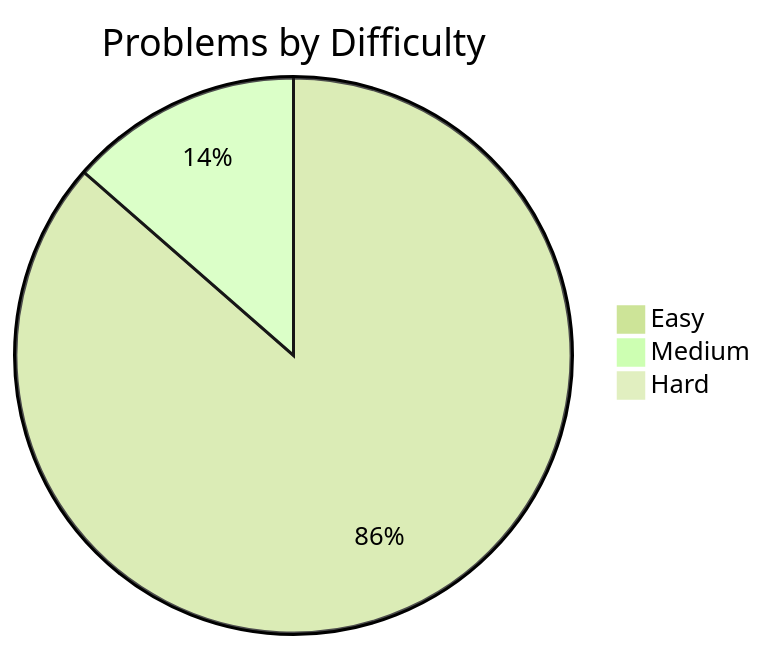
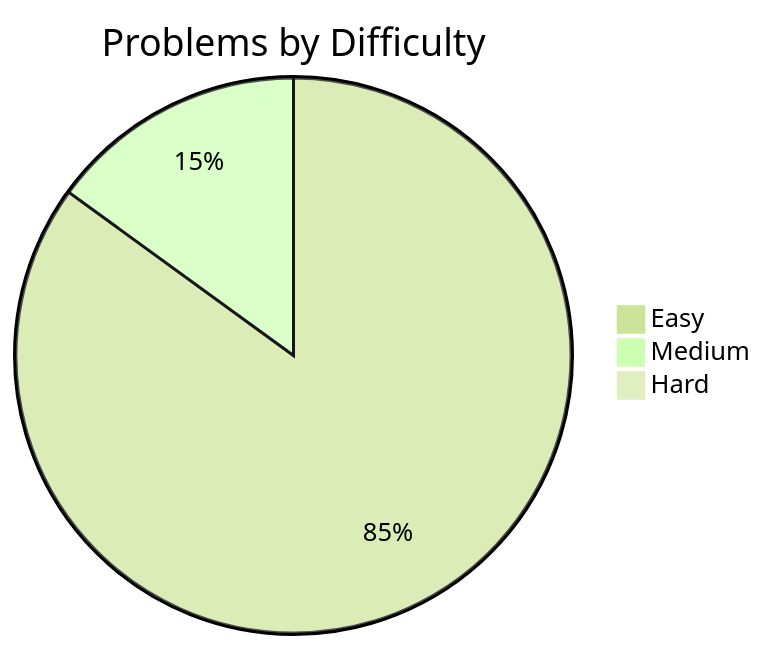
The diagram in README.md (davelin18yufan/leetcode-journal), drawn with Mermaid (forest theme) before and after one commit. The commit also changed other lines of this file and 4 other files, not shown here.

````diff
--- a/README.md
+++ b/README.md
@@ -7,7 +7,7 @@
 ```mermaid
 pie
     title Problems by Difficulty
     "Easy" : 51
-    "Medium" : 8
+    "Medium" : 9
     "Hard" : 0
 ```
````
